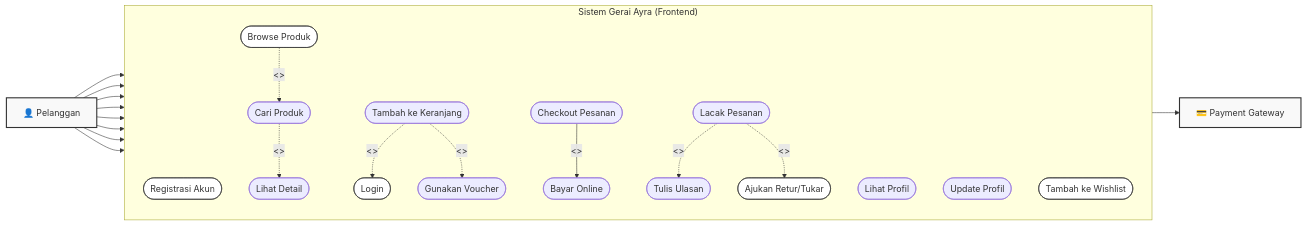
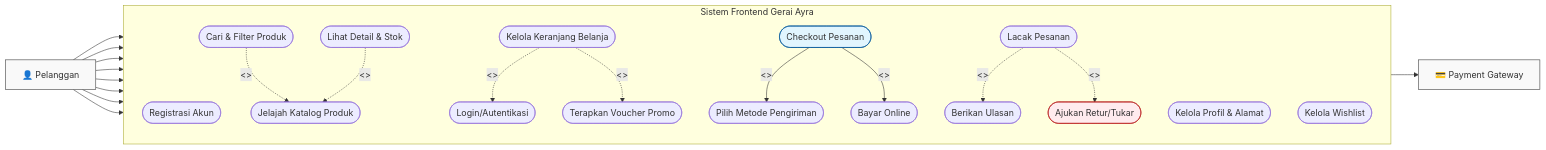
One commit to Grinti123/gerai-ayra-fullstack changed the first of 2 diagrams in usecase-diagram.md. Above: the diagram before and after it, drawn with Mermaid. The commit also changed other lines of this file and 1 other file, not shown here.

````diff
--- a/usecase-diagram.md
+++ b/usecase-diagram.md
@@ -9,64 +9,63 @@
 ```mermaid
 graph LR
     %% Actors
     C["👤 Pelanggan"]
     PG["💳 Payment Gateway"]
 
     %% System Boundary
-    subgraph "Sistem Gerai Ayra (Frontend)"
+    subgraph "Sistem Frontend Gerai Ayra"
         direction TB
         
-        %% Account Use Cases
+        %% Kelola Akun
         UC1([Registrasi Akun])
-        UC2([Login])
-        UC14([Lihat Profil])
-        UC15([Update Profil])
+        UC2([Login/Autentikasi])
+        UC14([Kelola Profil & Alamat])
         
-        %% Shop Use Cases
-        UC3([Browse Produk])
-        UC4([Cari Produk])
-        UC5([Lihat Detail])
-        UC6([Tambah ke Keranjang])
-        UC19([Tambah ke Wishlist])
-        UC18([Gunakan Voucher])
+        %% Belanja
+        UC3([Jelajah Katalog Produk])
+        UC4([Cari & Filter Produk])
+        UC5([Lihat Detail & Stok])
+        UC6([Kelola Keranjang Belanja])
+        UC19([Kelola Wishlist])
+        UC18([Terapkan Voucher Promo])
         
-        %% Checkout & Orders
+        %% Transaksi
         UC9([Checkout Pesanan])
+        UC10([Pilih Metode Pengiriman])
         UC11([Bayar Online])
         UC12([Lacak Pesanan])
-        UC13([Tulis Ulasan])
+        UC13([Berikan Ulasan])
         UC20([Ajukan Retur/Tukar])
     end
 
     %% Actor Relationships
     C --> UC1
     C --> UC2
     C --> UC3
     C --> UC9
     C --> UC12
     C --> UC14
     C --> UC19
     C --> UC20
 
-    %% Internal Relationships (Include/Extend)
-    UC3 -.->|<<extend>>| UC4
-    UC4 -.->|<<extend>>| UC5
+    %% Internal Include/Extend
+    UC4 -.->|<<extend>>| UC3
+    UC5 -.->|<<extend>>| UC3
     UC6 -.->|<<include>>| UC2
     UC6 -.->|<<extend>>| UC18
     
+    UC9 -->|<<include>>| UC10
     UC9 -->|<<include>>| UC11
+    
     UC12 -.->|<<extend>>| UC13
     UC12 -.->|<<extend>>| UC20
 
-    %% External System Relationship
+    %% System Interactions
     UC11 --> PG
     
     %% Styling
-    style C fill:#f9f9f9,stroke:#333,stroke-width:2px
-    style PG fill:#f9f9f9,stroke:#333,stroke-width:2px
-    style UC1 fill:#fff,stroke:#333,stroke-width:1px
-    style UC2 fill:#fff,stroke:#333,stroke-width:1px
-    style UC3 fill:#fff,stroke:#333,stroke-width:1px
-    style UC19 fill:#fff,stroke:#333,stroke-width:1px
-    style UC20 fill:#fff,stroke:#333,stroke-width:1px
+    style C fill:#f9f9f9,stroke:#333
+    style PG fill:#f9f9f9,stroke:#333
+    style UC9 fill:#e1f5fe,stroke:#01579b
+    style UC20 fill:#ffebee,stroke:#b71c1c
 ```
````
